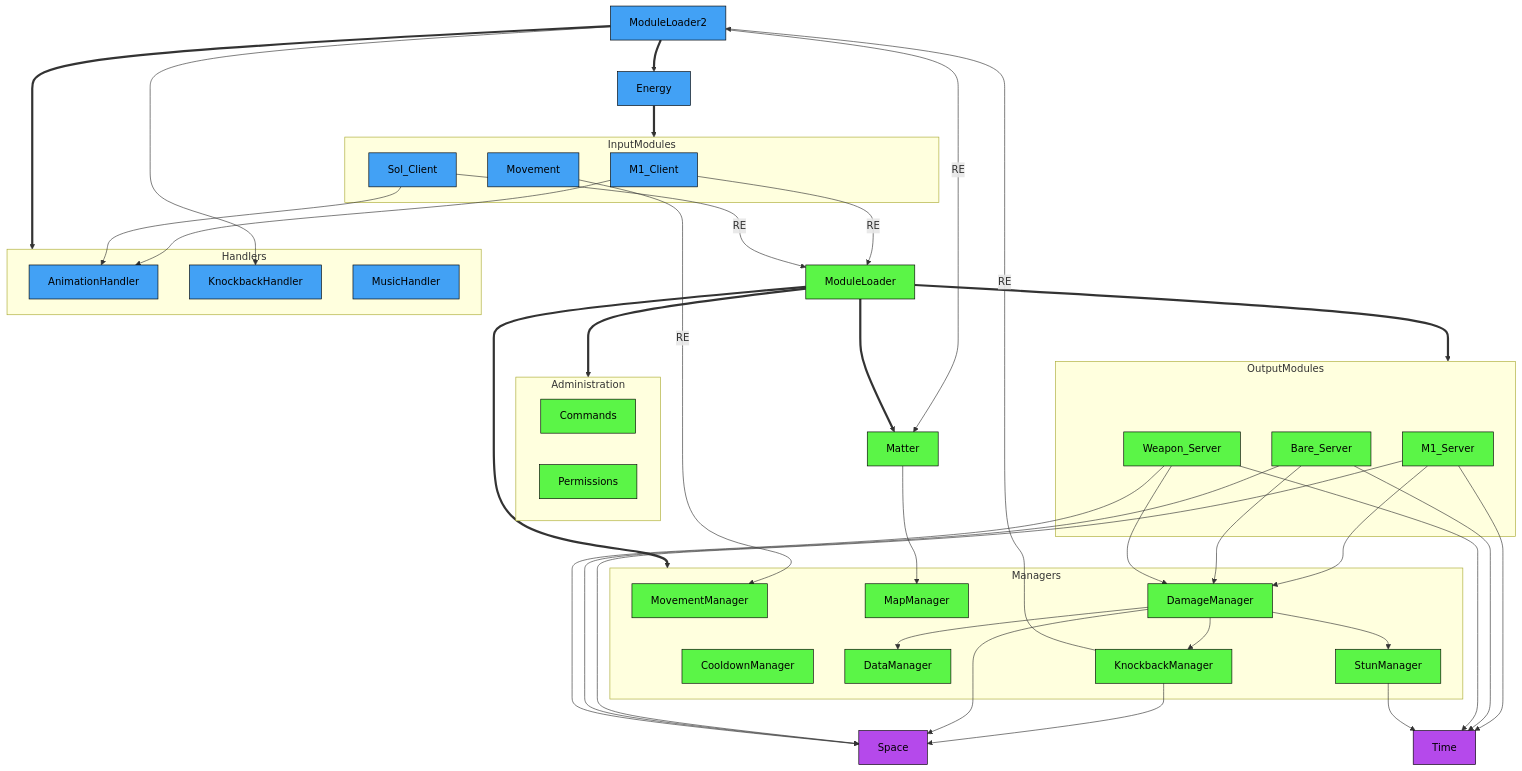
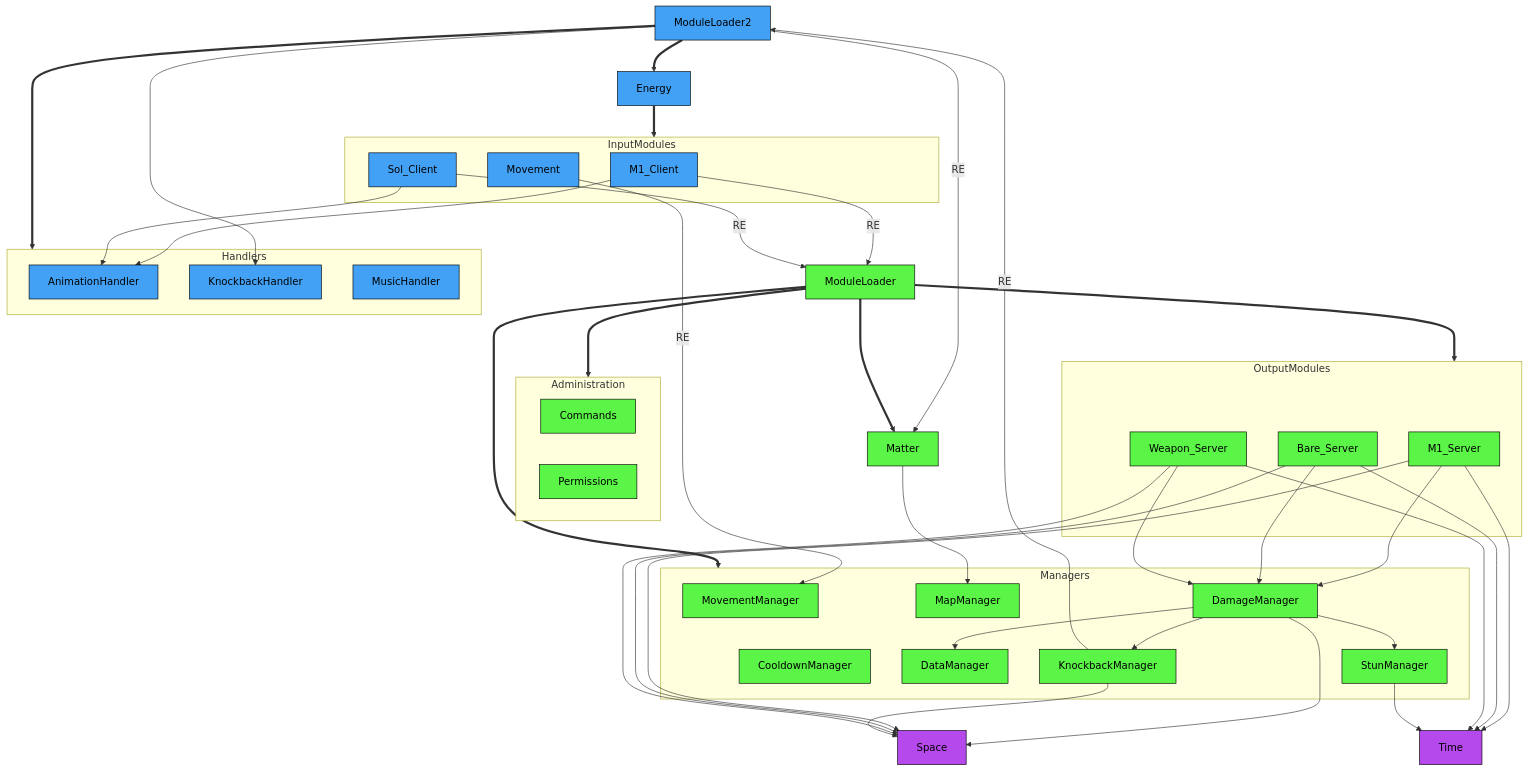
One commit to altair5607249/Crusaders-Game changed the diagram in README.md. Above: the diagram before and after it, drawn with Mermaid. The commit also changed other lines of this file, not shown here.

````diff
--- a/README.md
+++ b/README.md
@@ -38,75 +38,75 @@
 ```mermaid
 flowchart TB;
 
   classDef serverNode fill:#5bf547,stroke:#000000,color:#000000
   classDef clientNode fill:#42a1f5,stroke:#000000,color:#000000
   classDef universalNode fill:#b549eb,stroke:#000000,color:#000000
 
   ModuleLoader2==>Energy;
   ModuleLoader2==>Handlers;
   ModuleLoader2-->|RE| Matter;
   Energy==>InputModules;
 
   subgraph Handlers
     AnimationHandler;
     KnockbackHandler;
     MusicHandler;
   end
 
   subgraph InputModules
     M1_Client;
     Sol_Client;
     Movement;
   end
 
   M1_Client-->AnimationHandler;
   Sol_Client-->AnimationHandler;
   M1_Client-->|RE| ModuleLoader;
   Sol_Client-->|RE| ModuleLoader;
   Movement-->|RE| MovementManager;
   ModuleLoader==>Administration;
   ModuleLoader==>Managers;
   ModuleLoader==>OutputModules;
   ModuleLoader==>Matter
   Matter-->MapManager;
 
   subgraph Administration
     Commands;
     Permissions;
   end
 
   subgraph Managers
     CooldownManager;
     DamageManager;
     DataManager;
     KnockbackManager;
     MapManager;
     MovementManager;
     StunManager;
   end
 
   subgraph OutputModules
     M1_Server-->DamageManager;
     Bare_Server-->DamageManager;
     Weapon_Server-->DamageManager;
   end
 
-  KnockbackManager-->Space;
   DamageManager-->Space;
   DamageManager-->DataManager;
   DamageManager-->KnockbackManager;
   DamageManager-->StunManager;
   M1_Server-->Time;
   Bare_Server-->Time;
   Weapon_Server-->Time;
   StunManager-->Time;
   M1_Server-->Space;
   Bare_Server-->Space;
   Weapon_Server-->Space;
+  KnockbackManager-->Space;
   KnockbackManager-->|RE| ModuleLoader2
   ModuleLoader2-->KnockbackHandler;
 
   class ModuleLoader,M1_Server,Bare_Server,Weapon_Server,MovementManager,Commands,Permissions,CooldownManager,DamageManager,DataManager,KnockbackManager,MapManager,MovementManager,StunManager,Matter serverNode;
   class ModuleLoader2,Energy,M1_Client,Sol_Client,Movement,AnimationHandler,KnockbackHandler,MusicHandler clientNode;
   class Space,Time universalNode;
 ```
````
